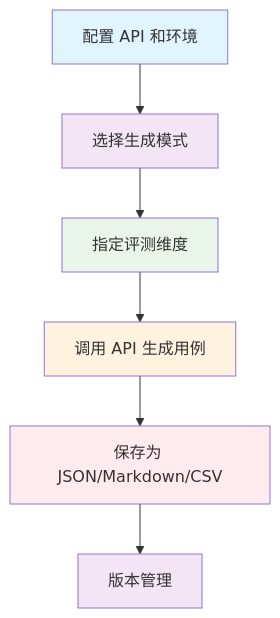
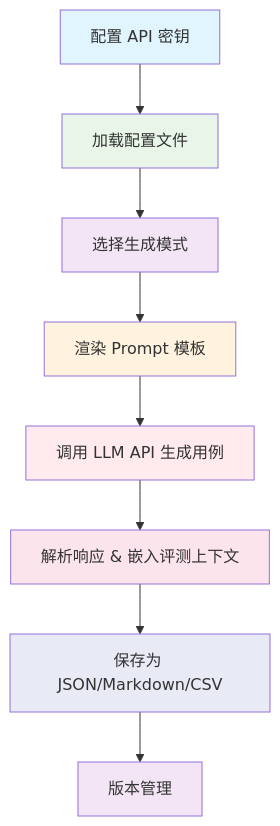
The diagram in knowledge-base/03-使用指南/测试用例生成指南.md (BighuaBighua/llm-testing-portfolio), drawn with Mermaid before and after one commit. The commit also changed other lines of this file and 69 other files, not shown here.

````diff
--- a/knowledge-base/03-使用指南/测试用例生成指南.md
+++ b/knowledge-base/03-使用指南/测试用例生成指南.md
@@ -9,15 +9,19 @@
 ```mermaid
 graph TD
-    A[配置 API 和环境] --> B[选择生成模式]
-    B --> C[指定评测维度]
-    C --> D[调用 API 生成用例]
-    D --> E[保存为 JSON/Markdown/CSV]
-    E --> F[版本管理]
+    A[配置 API 密钥] --> B[加载配置文件]
+    B --> C[选择生成模式]
+    C --> D[渲染 Prompt 模板]
+    D --> E[调用 LLM API 生成用例]
+    E --> F[解析响应 & 嵌入评测上下文]
+    F --> G[保存为 JSON/Markdown/CSV]
+    G --> H[版本管理]
 
     style A fill:#e1f5fe
-    style B fill:#f3e5f5
-    style C fill:#e8f5e8
+    style B fill:#e8f5e8
+    style C fill:#f3e5f5
     style D fill:#fff3e0
     style E fill:#ffebee
-    style F fill:#f3e5f5
+    style F fill:#fce4ec
+    style G fill:#e8eaf6
+    style H fill:#f3e5f5
 ```
````
